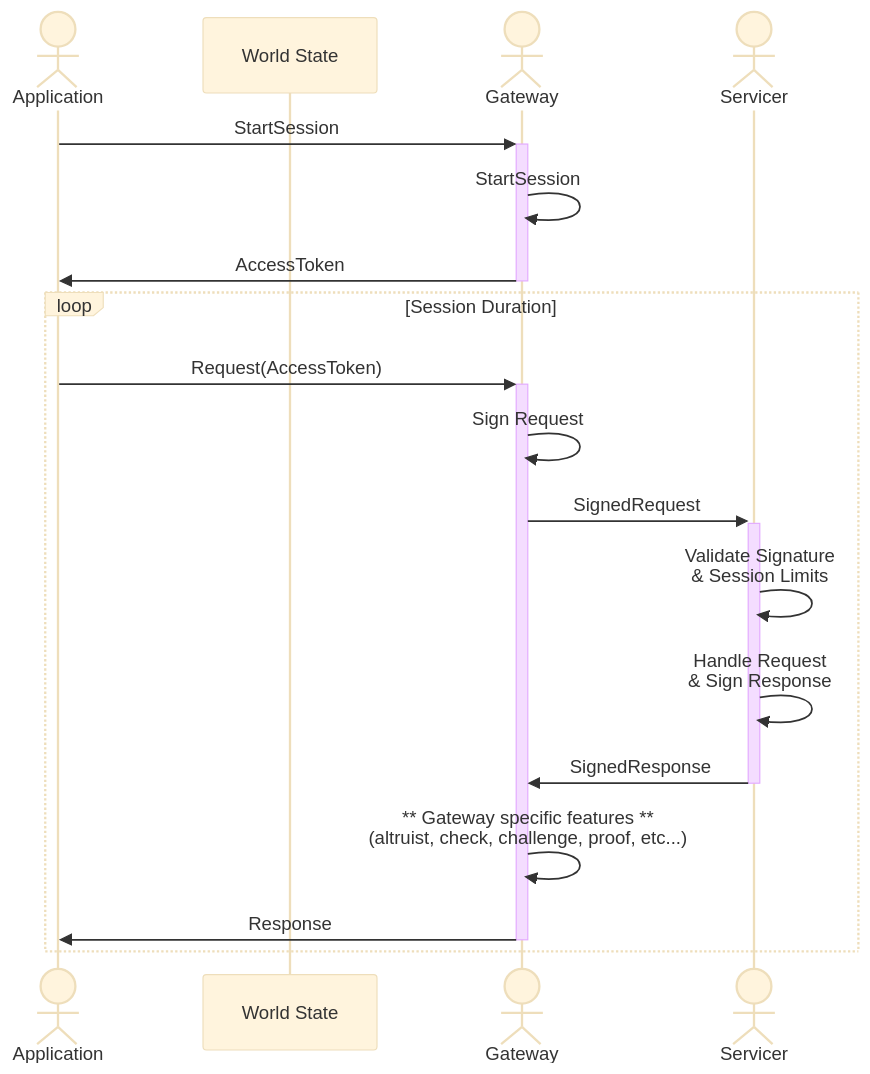
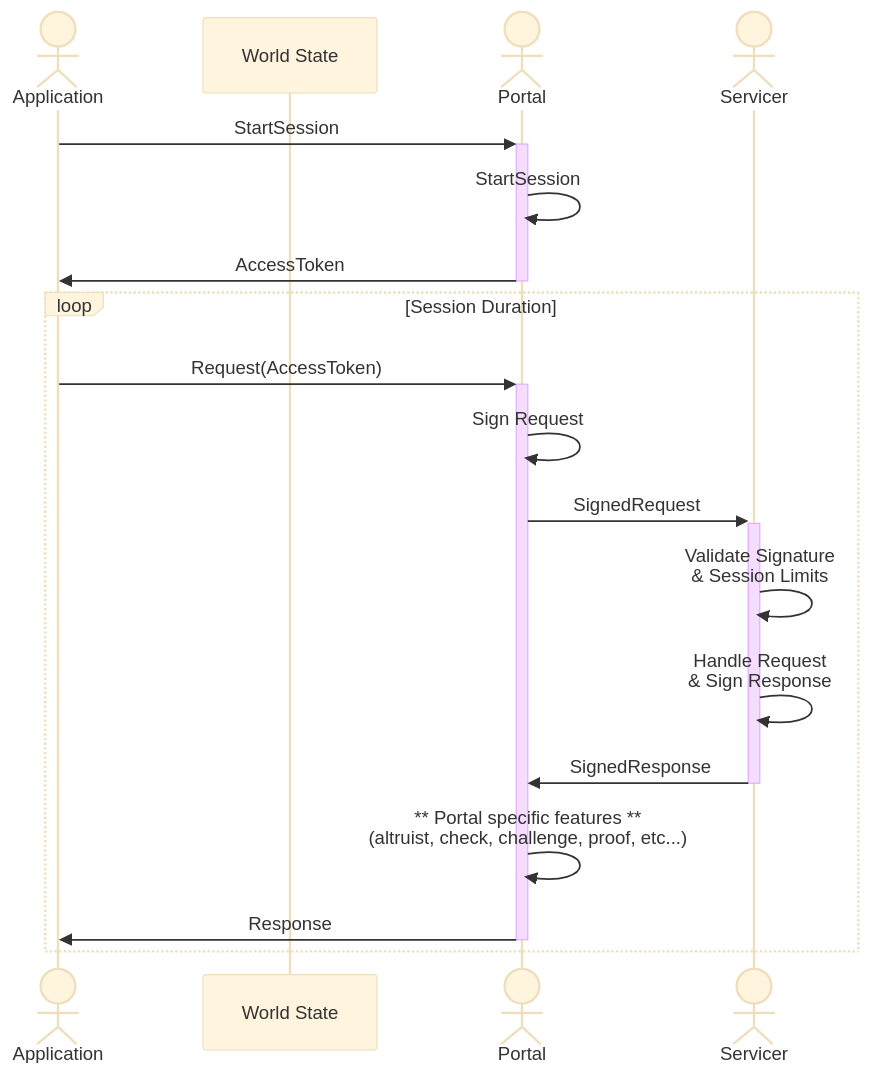
One commit to pokt-network/pocket-network-protocol changed diagram 16 of 16 in utility/README.md. Above: the diagram before and after it, drawn with Mermaid (base theme). The commit also changed other lines of this file and 1 other file, not shown here.

Commit message:
Rename Gateway to Portal

````diff
--- a/utility/README.md
+++ b/utility/README.md
@@ -913,22 +913,22 @@
 ```mermaid
 sequenceDiagram
     actor A as Application
     participant WS as World State
-    actor G as Gateway
+    actor G as Portal
     actor S as Servicer
 
     A ->>+ G: StartSession
     G ->> G: StartSession
     G ->>- A: AccessToken
 
     loop Session Duration
         A ->> +G: Request(AccessToken)
         G ->> G: Sign Request
         G ->> +S: SignedRequest
         S ->> S: Validate Signature<br>& Session Limits
         S ->> S: Handle Request<br>& Sign Response
         S ->> -G: SignedResponse
-        G ->> G: ** Gateway specific features ** <br>(altruist, check, challenge, proof, etc...)
+        G ->> G: ** Portal specific features ** <br>(altruist, check, challenge, proof, etc...)
         G ->> -A: Response
     end
 ```
````
